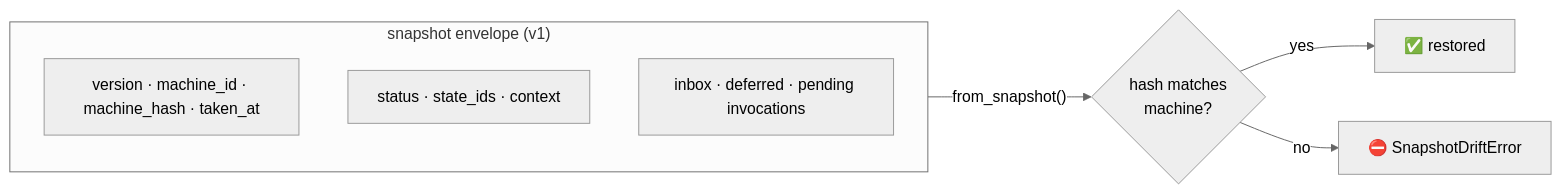
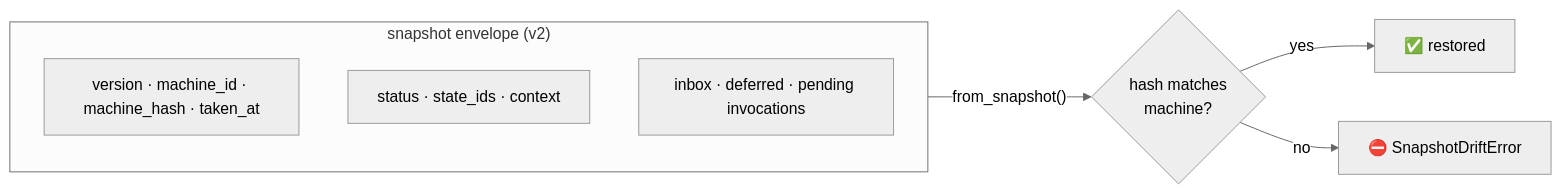
Before and after one commit to basiltt/xstate-statemachine: the second of 2 diagrams in docs/_guide/snapshots.md, drawn with Mermaid (neutral theme). The commit also changed other lines of this file and 20 other files, not shown here.

````diff
--- a/docs/_guide/snapshots.md
+++ b/docs/_guide/snapshots.md
@@ -223,12 +223,12 @@
 ```mermaid
 flowchart LR
-    subgraph env["snapshot envelope (v1)"]
+    subgraph env["snapshot envelope (v2)"]
         direction TB
         H["version · machine_id · machine_hash · taken_at"]
         B["status · state_ids · context"]
         Q["inbox · deferred · pending invocations"]
     end
     env -- "from_snapshot()" --> C{"hash matches<br/>machine?"}
     C -- yes --> R["✅ restored"]
     C -- no --> D["⛔ SnapshotDriftError"]
 ```
````
